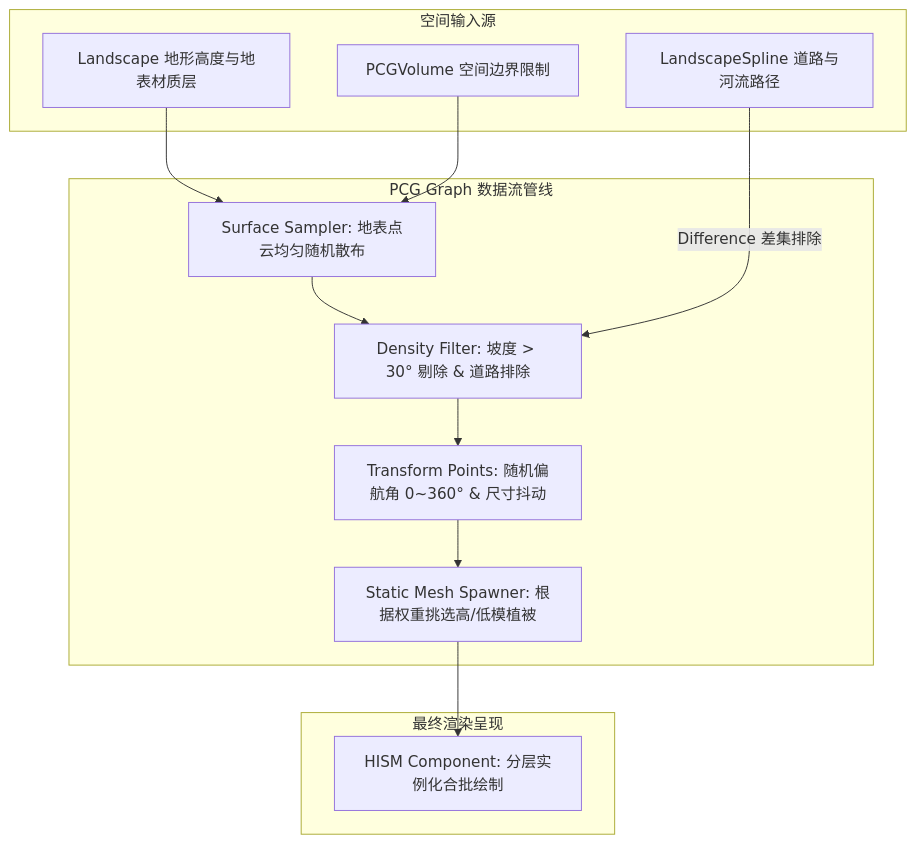
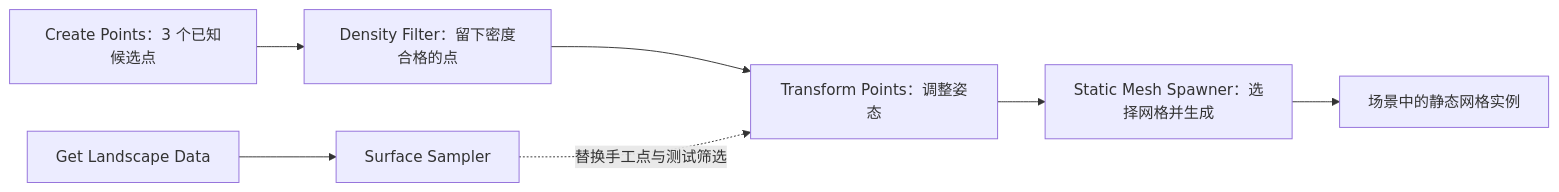
One commit to fantuan812/learning changed the diagram in 知识/03-引擎架构与资源系统/程序化内容生成/04-PCG程序化内容生成.md. Above: the diagram before and after it, drawn with Mermaid. The commit also changed other lines of this file and 2 other files, not shown here.

````diff
--- a/知识/03-引擎架构与资源系统/程序化内容生成/04-PCG程序化内容生成.md
+++ b/知识/03-引擎架构与资源系统/程序化内容生成/04-PCG程序化内容生成.md
@@ -54,27 +38,9 @@
 ```mermaid
-graph TD
-    subgraph Inputs[空间输入源]
-        Landscape[Landscape 地形高度与地表材质层]
-        Spline[LandscapeSpline 道路与河流路径]
-        Volume[PCGVolume 空间边界限制]
-    end
-
-    subgraph GraphEvaluation[PCG Graph 数据流管线]
-        Sampler[Surface Sampler: 地表点云均匀随机散布]
-        Filter[Density Filter: 坡度 > 30° 剔除 & 道路排除]
-        TransformMod[Transform Points: 随机偏航角 0~360° & 尺寸抖动]
-        MeshSelect[Static Mesh Spawner: 根据权重挑选高/低模植被]
-    end
-
-    subgraph OutputInstances[最终渲染呈现]
-        HISM[HISM Component: 分层实例化合批绘制]
-    end
-
-    Landscape --> Sampler
-    Volume --> Sampler
-    Sampler --> Filter
-    Spline -->|Difference 差集排除| Filter
-    Filter --> TransformMod
-    TransformMod --> MeshSelect
-    MeshSelect --> HISM
+flowchart LR
+    A[Create Points：3 个已知候选点] --> B[Density Filter：留下密度合格的点]
+    B --> C[Transform Points：调整姿态]
+    C --> D[Static Mesh Spawner：选择网格并生成]
+    D --> E[场景中的静态网格实例]
+    L[Get Landscape Data] --> S[Surface Sampler]
+    S -.替换手工点与测试筛选.-> C
 ```
````
